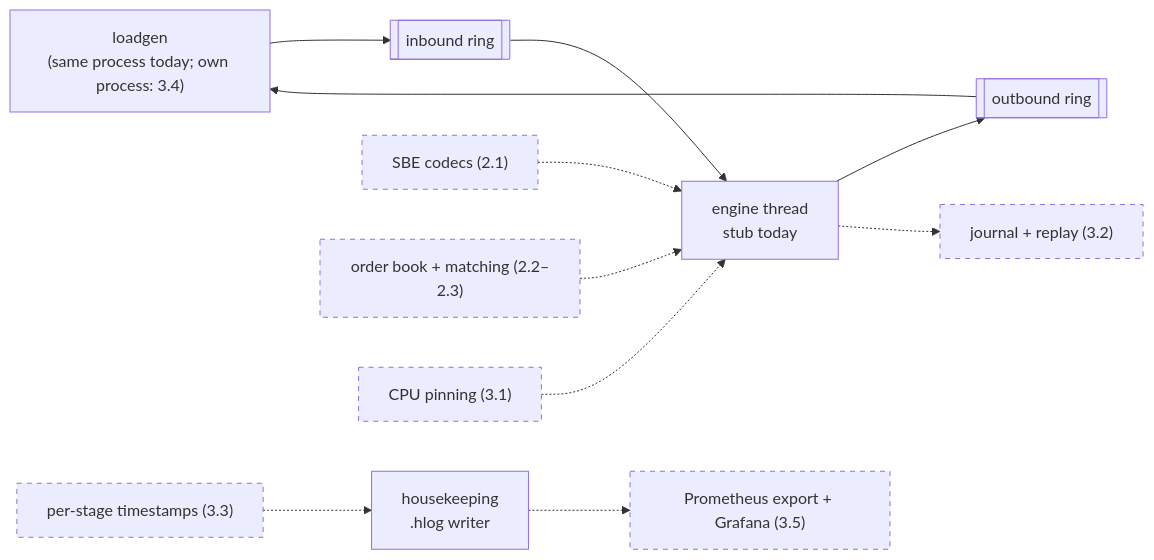
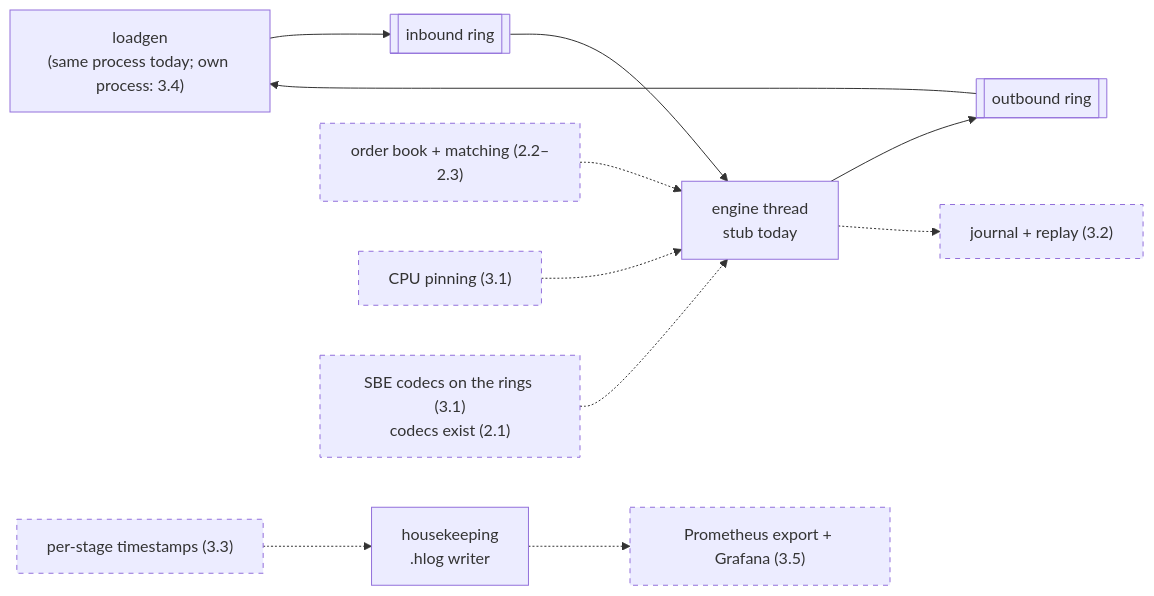
Diagram 15 of 15 in docs/architecture.md (Jeromefromcn/low-latency-matching-engine), drawn with Mermaid before and after one commit. The commit also changed other lines of this file and 3 other files, not shown here.

First line of the commit message:
docs(adr): record SBE message schema design, tick 2.1

````diff
--- a/docs/architecture.md
+++ b/docs/architecture.md
@@ -358,24 +411,24 @@
 ```mermaid
 flowchart LR
     lg["loadgen<br/>(same process today; own process: 3.4)"] --> inbound[["inbound ring"]]
     inbound --> engine["engine thread<br/>stub today"]
     engine --> outbound[["outbound ring"]]
     outbound --> lg
     hk["housekeeping<br/>.hlog writer"]
 
-    sbe["SBE codecs (2.1)"]:::todo
     book["order book + matching (2.2–2.3)"]:::todo
     pin["CPU pinning (3.1)"]:::todo
     journal["journal + replay (3.2)"]:::todo
     stages["per-stage timestamps (3.3)"]:::todo
     prom["Prometheus export + Grafana (3.5)"]:::todo
 
+    sbe["SBE codecs on the rings (3.1)<br/>codecs exist (2.1)"]:::todo
     sbe -.-> engine
     book -.-> engine
     pin -.-> engine
     engine -.-> journal
     stages -.-> hk
     hk -.-> prom
 
     classDef todo stroke-dasharray: 5 5
 ```
````
